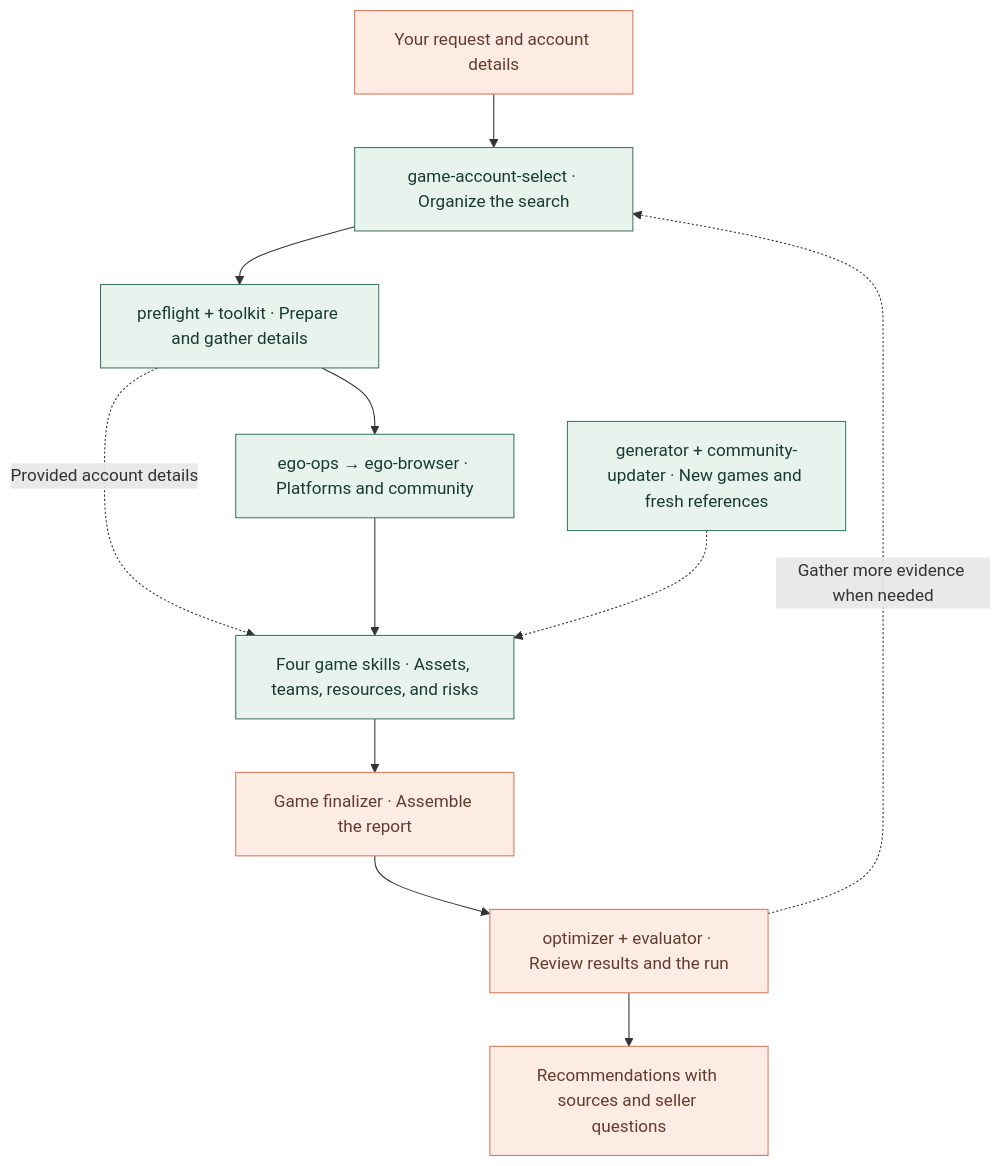
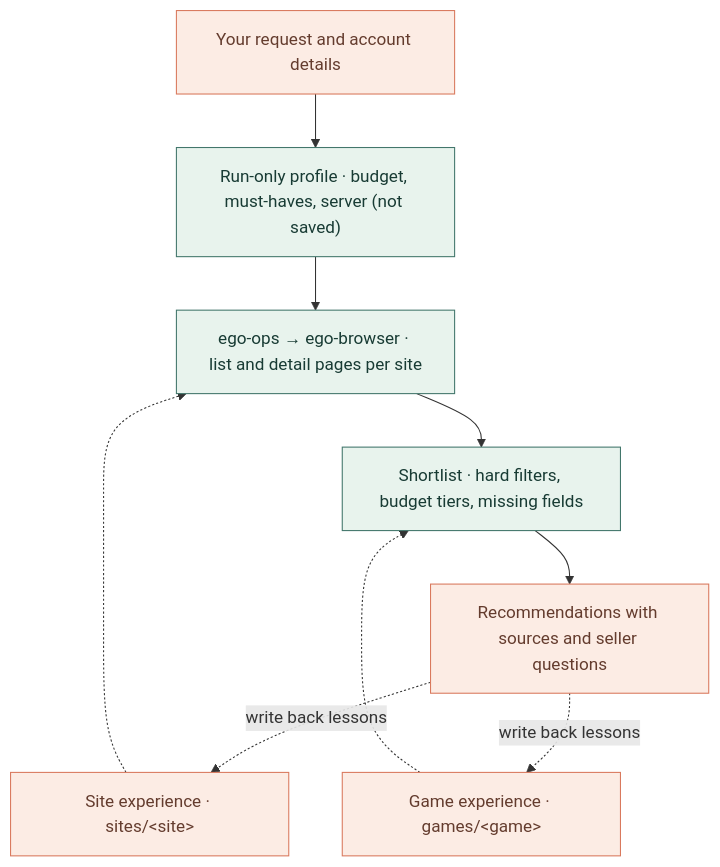
One commit to PointMountain/game-account-select changed the diagram in README.en.md. Above: the diagram before and after it, drawn with Mermaid. The commit also changed other lines of this file and 299 other files, not shown here.

First line of the commit message:
refactor: merge into single game-account-select skill

````diff
--- a/README.en.md
+++ b/README.en.md
@@ -190,17 +177,15 @@
 ```mermaid
 flowchart TD
-    Request["Your request and account details"] --> Select["game-account-select · Organize the search"]
-    Select --> Runtime["preflight + toolkit · Prepare and gather details"]
-    Runtime --> Browser["ego-ops → ego-browser · Platforms and community"]
-    Runtime -. "Provided account details" .-> Games
-    Browser --> Games["Four game skills · Assets, teams, resources, and risks"]
-    Extend["generator + community-updater · New games and fresh references"] -.-> Games
-    Games --> Finalizer["Game finalizer · Assemble the report"]
-    Finalizer --> Review["optimizer + evaluator · Review results and the run"]
-    Review --> Report["Recommendations with sources and seller questions"]
-    Review -. "Gather more evidence when needed" .-> Select
+    Request["Your request and account details"] --> Profile["Run-only profile · budget, must-haves, server (not saved)"]
+    Profile --> Query["ego-ops → ego-browser · list and detail pages per site"]
+    Sites["Site experience · sites/&lt;site&gt;"] -.-> Query
+    Query --> Shortlist["Shortlist · hard filters, budget tiers, missing fields"]
+    Games["Game experience · games/&lt;game&gt;"] -.-> Shortlist
+    Shortlist --> Report["Recommendations with sources and seller questions"]
+    Report -. "write back lessons" .-> Sites
+    Report -. "write back lessons" .-> Games
     classDef mint fill:#e8f3ed,stroke:#42766b,color:#183b34
     classDef coral fill:#fcece4,stroke:#d9795d,color:#643c2e
-    class Select,Runtime,Browser,Games,Extend mint
-    class Request,Finalizer,Review,Report coral
+    class Profile,Query,Shortlist mint
+    class Request,Sites,Games,Report coral
 ```
````
